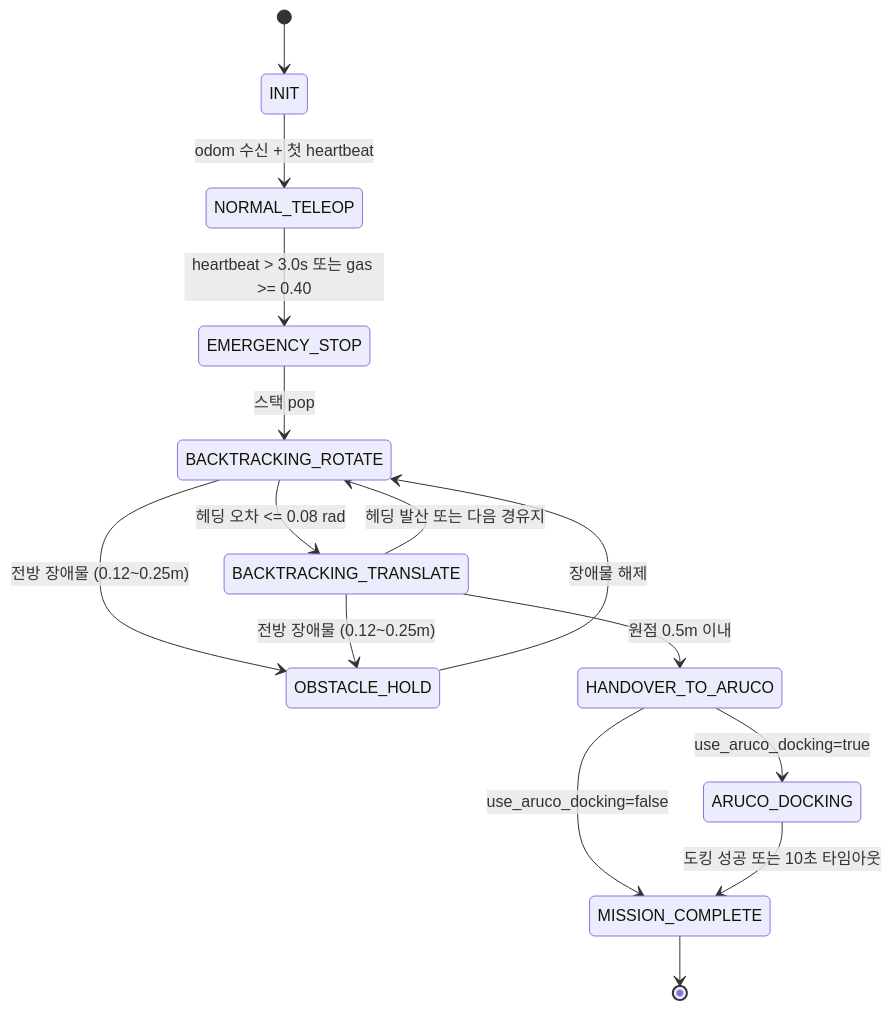
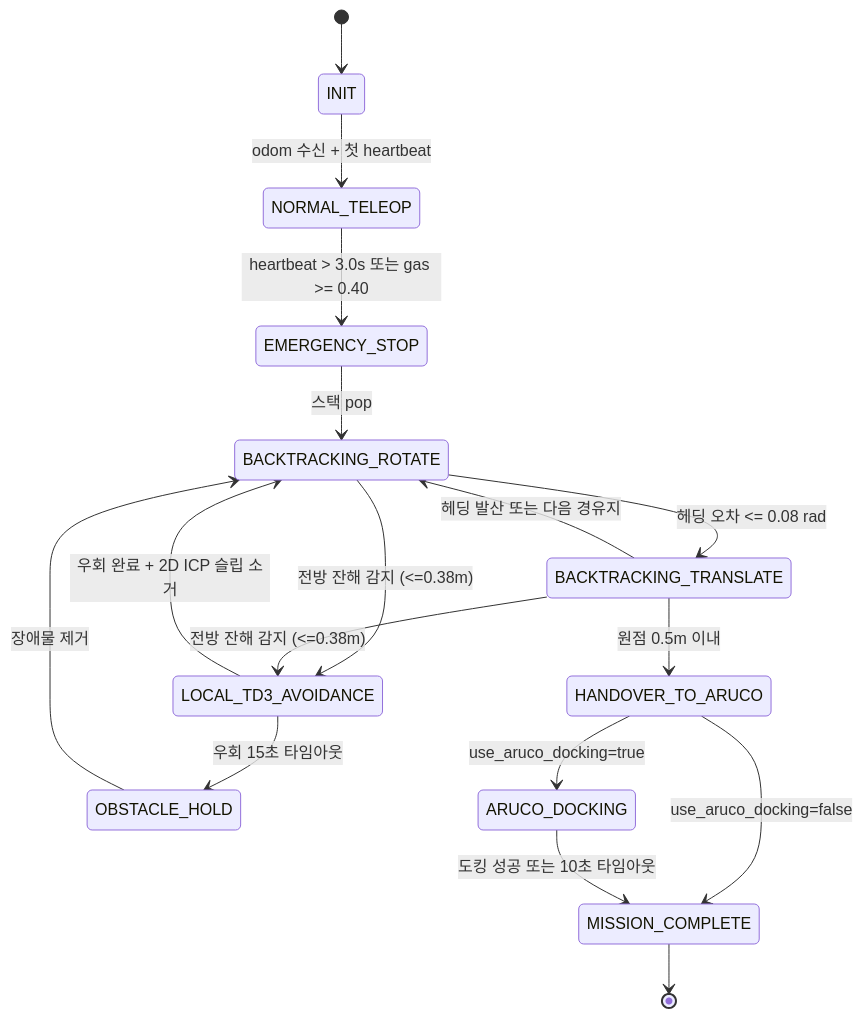
The second of 3 diagrams in README.md (rjw136-lab/disaster_recovery_ws), drawn with Mermaid before and after one commit. The commit also changed other lines of this file and 8 other files, not shown here.

Commit message:
feat(recovery): Verify 4-layer hierarchical hybrid backtracking architecture with 100% success rate on 50 Monte-Carlo trials and update benchmark docs

````diff
--- a/README.md
+++ b/README.md
@@ -176,17 +176,19 @@
 ```mermaid
 stateDiagram-v2
     [*] --> INIT
     INIT --> NORMAL_TELEOP: odom 수신 + 첫 heartbeat
     NORMAL_TELEOP --> EMERGENCY_STOP: heartbeat > 3.0s 또는 gas >= 0.40
     EMERGENCY_STOP --> BACKTRACKING_ROTATE: 스택 pop
     BACKTRACKING_ROTATE --> BACKTRACKING_TRANSLATE: 헤딩 오차 <= 0.08 rad
     BACKTRACKING_TRANSLATE --> BACKTRACKING_ROTATE: 헤딩 발산 또는 다음 경유지
-    BACKTRACKING_ROTATE --> OBSTACLE_HOLD: 전방 장애물 (0.12~0.25m)
-    BACKTRACKING_TRANSLATE --> OBSTACLE_HOLD: 전방 장애물 (0.12~0.25m)
-    OBSTACLE_HOLD --> BACKTRACKING_ROTATE: 장애물 해제
+    BACKTRACKING_ROTATE --> LOCAL_TD3_AVOIDANCE: 전방 잔해 감지 (<=0.38m)
+    BACKTRACKING_TRANSLATE --> LOCAL_TD3_AVOIDANCE: 전방 잔해 감지 (<=0.38m)
+    LOCAL_TD3_AVOIDANCE --> BACKTRACKING_ROTATE: 우회 완료 + 2D ICP 슬립 소거
+    LOCAL_TD3_AVOIDANCE --> OBSTACLE_HOLD: 우회 15초 타임아웃
+    OBSTACLE_HOLD --> BACKTRACKING_ROTATE: 장애물 제거
     BACKTRACKING_TRANSLATE --> HANDOVER_TO_ARUCO: 원점 0.5m 이내
     HANDOVER_TO_ARUCO --> ARUCO_DOCKING: use_aruco_docking=true
     HANDOVER_TO_ARUCO --> MISSION_COMPLETE: use_aruco_docking=false
     ARUCO_DOCKING --> MISSION_COMPLETE: 도킹 성공 또는 10초 타임아웃
     MISSION_COMPLETE --> [*]
 ```
````
